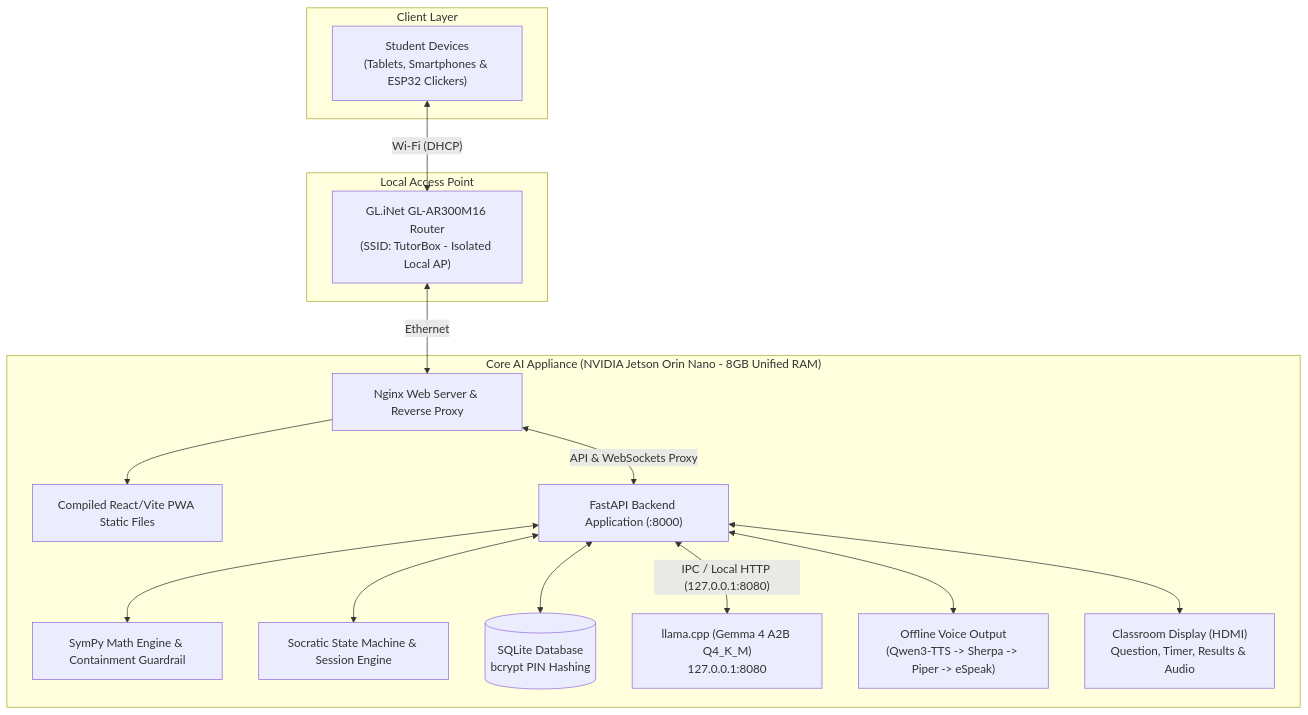
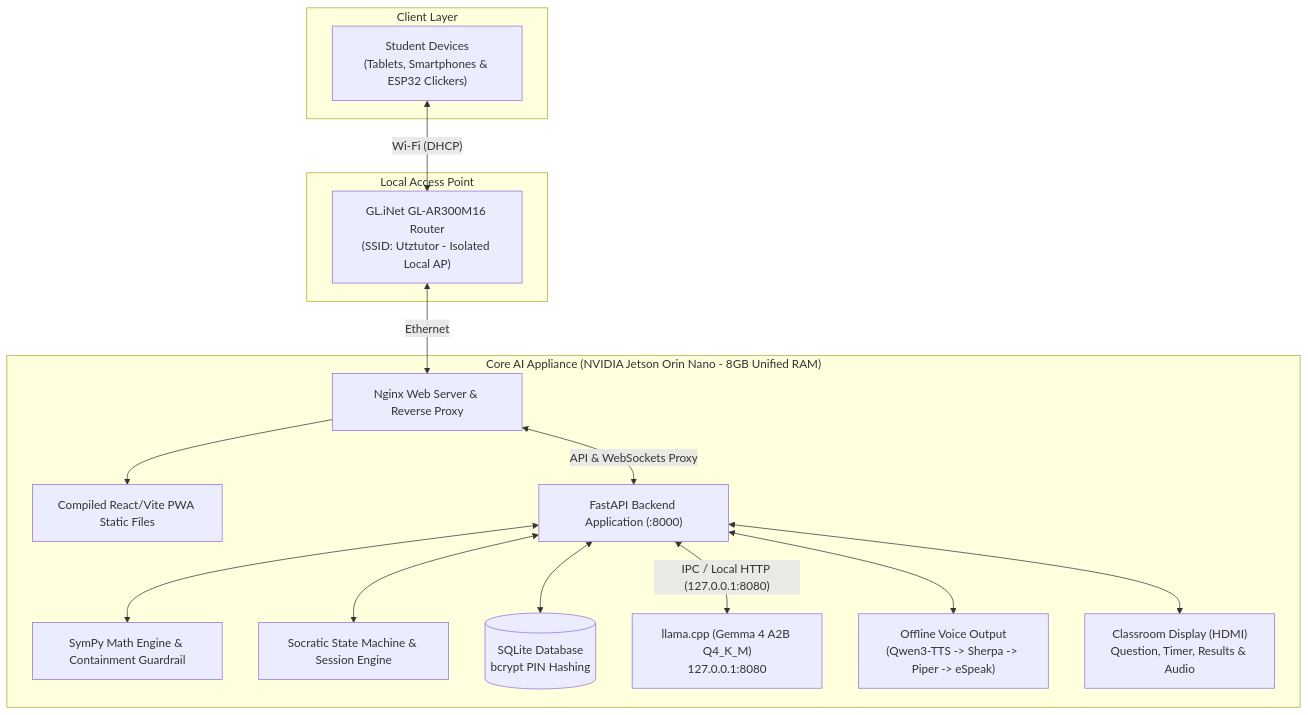
Before and after one commit to GabGP/TutorBox: the diagram in README.md, drawn with Mermaid. The commit also changed other lines of this file and 40 other files, not shown here.

````diff
--- a/README.md
+++ b/README.md
@@ -40,30 +40,30 @@
 ```mermaid
 graph TD
     subgraph AP ["Local Access Point"]
-        Router["GL.iNet GL-AR300M16 Router<br/>(SSID: TutorBox - Isolated Local AP)"]
+        Router["GL.iNet GL-AR300M16 Router<br/>(SSID: Utztutor - Isolated Local AP)"]
     end
     subgraph Clients ["Client Layer"]
         Students["Student Devices<br/>(Tablets, Smartphones & ESP32 Clickers)"]
     end
     subgraph Core ["Core AI Appliance (NVIDIA Jetson Orin Nano - 8GB Unified RAM)"]
         Nginx["Nginx Web Server & Reverse Proxy"]
         PWA["Compiled React/Vite PWA Static Files"]
         FastAPI["FastAPI Backend Application (:8000)"]
         SymPy["SymPy Math Engine & Containment Guardrail"]
         Pedagogy["Socratic State Machine & Session Engine"]
         SQLite[("SQLite Database<br/>bcrypt PIN Hashing")]
         LLM["llama.cpp (Gemma 4 A2B Q4_K_M)<br/>127.0.0.1:8080"]
         TTS["Offline Voice Output<br/>(Qwen3-TTS -> Sherpa -> Piper -> eSpeak)"]
         HDMI["Classroom Display (HDMI)<br/>Question, Timer, Results & Audio"]
     end
     Students <-->|"Wi-Fi (DHCP)"| Router
     Router <-->|"Ethernet"| Nginx
     Nginx --> PWA
     Nginx <-->|"API & WebSockets Proxy"| FastAPI
     FastAPI <--> SymPy
     FastAPI <--> Pedagogy
     FastAPI <--> SQLite
     FastAPI <-->|"IPC / Local HTTP (127.0.0.1:8080)"| LLM
     FastAPI <--> TTS
     FastAPI <--> HDMI
 ```
````
